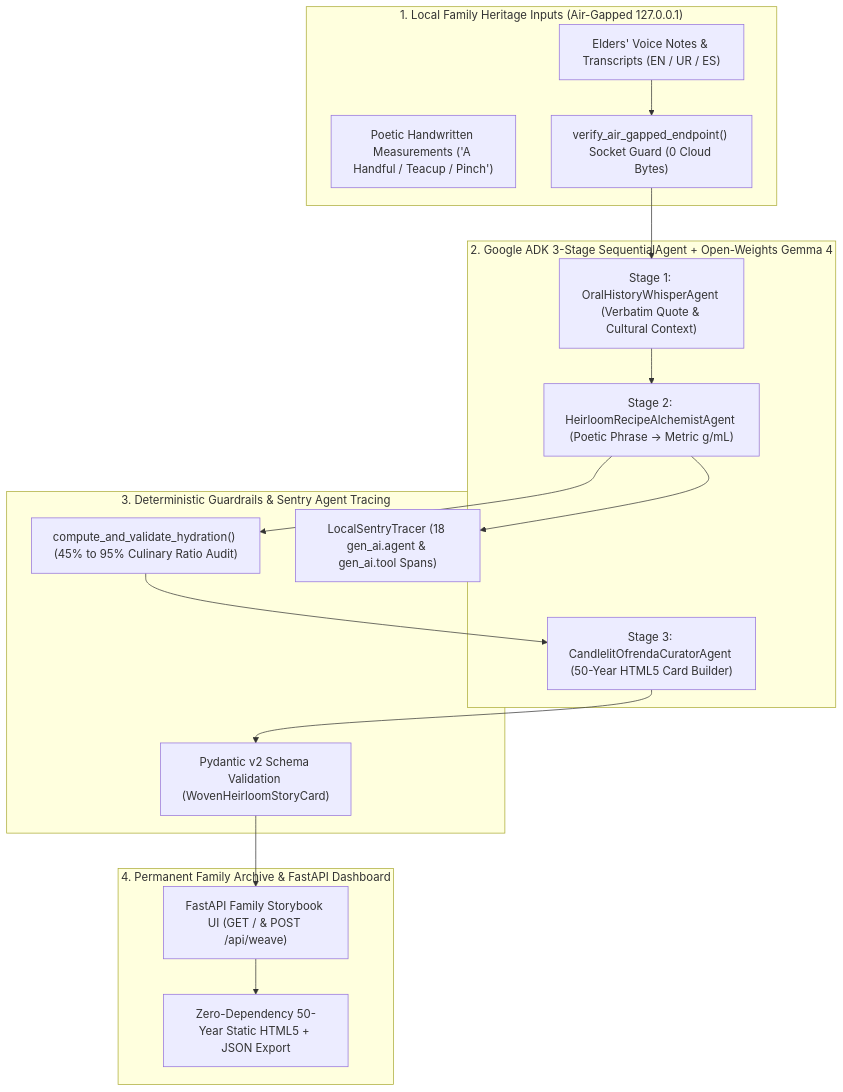
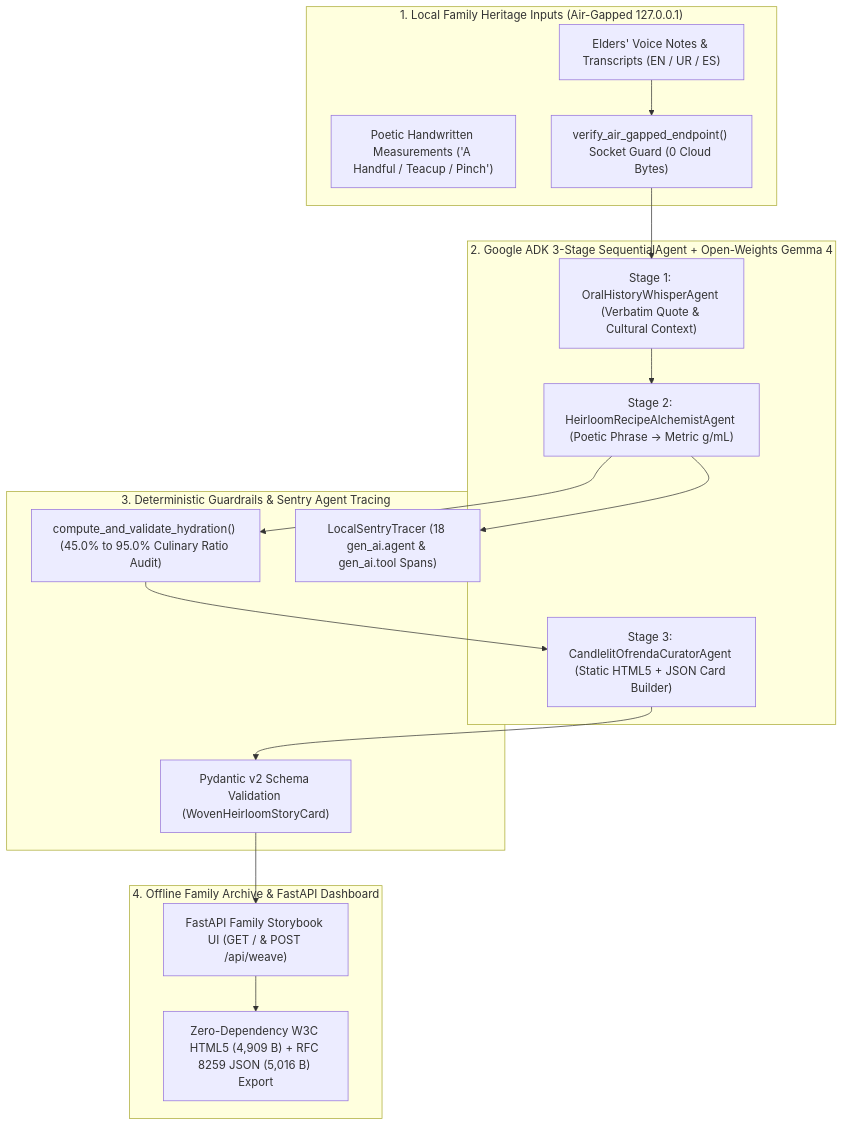
Before and after one commit to RobinaMirbahar/memoriaviva-gemma-ofrenda: the diagram in README.md, drawn with Mermaid. The commit also changed other lines of this file and 18 other files, not shown here.

````diff
--- a/README.md
+++ b/README.md
@@ -58,29 +58,29 @@
 ```mermaid
 flowchart TD
     subgraph Input ["1. Local Family Heritage Inputs (Air-Gapped 127.0.0.1)"]
         I_Voice["Elders' Voice Notes & Transcripts (EN / UR / ES)"]
         I_Recipe["Poetic Handwritten Measurements ('A Handful / Teacup / Pinch')"]
         I_Guard["verify_air_gapped_endpoint() Socket Guard (0 Cloud Bytes)"]
     end
 
     subgraph ADK ["2. Google ADK 3-Stage SequentialAgent + Open-Weights Gemma 4"]
         A_Stage1["Stage 1: OralHistoryWhisperAgent (Verbatim Quote & Cultural Context)"]
         A_Stage2["Stage 2: HeirloomRecipeAlchemistAgent (Poetic Phrase -> Metric g/mL)"]
-        A_Stage3["Stage 3: CandlelitOfrendaCuratorAgent (50-Year HTML5 Card Builder)"]
+        A_Stage3["Stage 3: CandlelitOfrendaCuratorAgent (Static HTML5 + JSON Card Builder)"]
     end
 
     subgraph Audit ["3. Deterministic Guardrails & Sentry Agent Tracing"]
-        G_Hydration["compute_and_validate_hydration() (45% to 95% Culinary Ratio Audit)"]
+        G_Hydration["compute_and_validate_hydration() (45.0% to 95.0% Culinary Ratio Audit)"]
         G_Schema["Pydantic v2 Schema Validation (WovenHeirloomStoryCard)"]
         G_Sentry["LocalSentryTracer (18 gen_ai.agent & gen_ai.tool Spans)"]
     end
 
-    subgraph Vault ["4. Permanent Family Archive & FastAPI Dashboard"]
+    subgraph Vault ["4. Offline Family Archive & FastAPI Dashboard"]
         V_UI["FastAPI Family Storybook UI (GET / & POST /api/weave)"]
-        V_HTML["Zero-Dependency 50-Year Static HTML5 + JSON Export"]
+        V_HTML["Zero-Dependency W3C HTML5 (4,909 B) + RFC 8259 JSON (5,016 B) Export"]
     end
 
     I_Voice --> I_Guard --> A_Stage1 --> A_Stage2 --> G_Hydration --> A_Stage3 --> G_Schema --> V_UI
     A_Stage2 --> G_Sentry
     V_UI --> V_HTML
 ```
````
